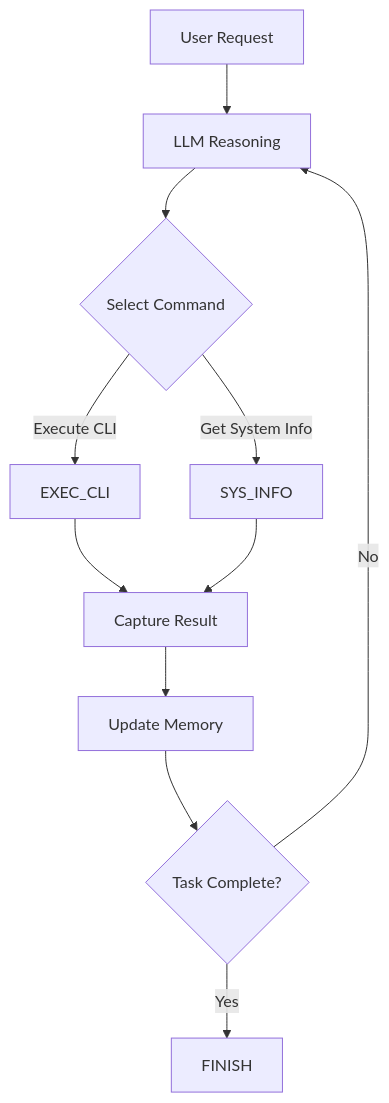
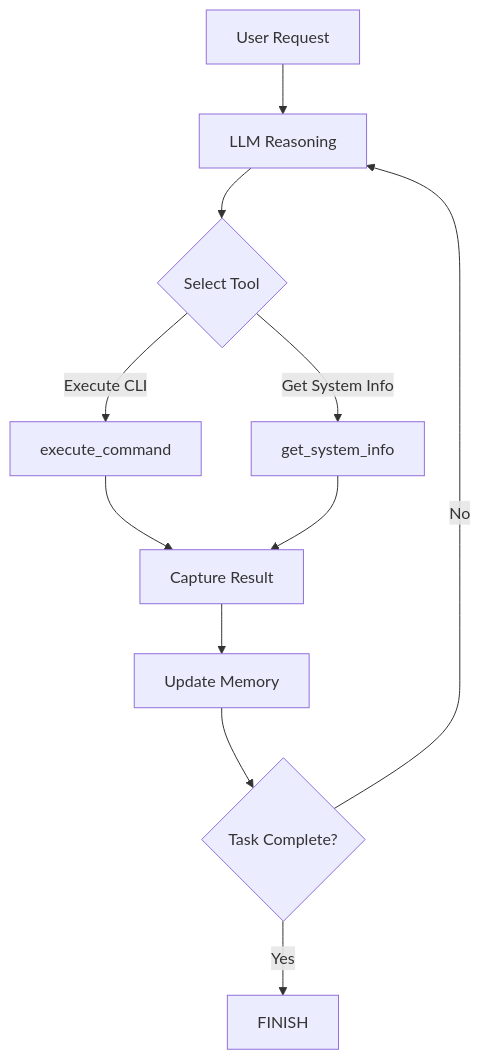
The fourth of 4 diagrams in documents/docs/linux/commands.md (microsoft/UFO), drawn with Mermaid before and after one commit. The commit also changed other lines of this file and 4 other files, not shown here.

````diff
--- a/documents/docs/linux/commands.md
+++ b/documents/docs/linux/commands.md
@@ -292,15 +189,15 @@
 ```mermaid
 graph TD
     A[User Request] --> B[LLM Reasoning]
-    B --> C{Select Command}
-    C -->|Execute CLI| D[EXEC_CLI]
-    C -->|Get System Info| E[SYS_INFO]
+    B --> C{Select Tool}
+    C -->|Execute CLI| D[execute_command]
+    C -->|Get System Info| E[get_system_info]
     
     D --> F[Capture Result]
     E --> F
     
     F --> G[Update Memory]
     G --> H{Task Complete?}
     H -->|No| B
     H -->|Yes| I[FINISH]
 ```
````
